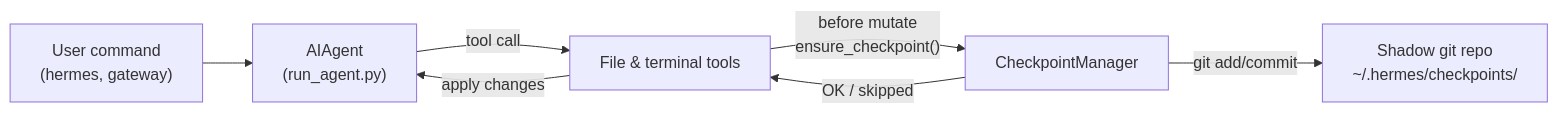
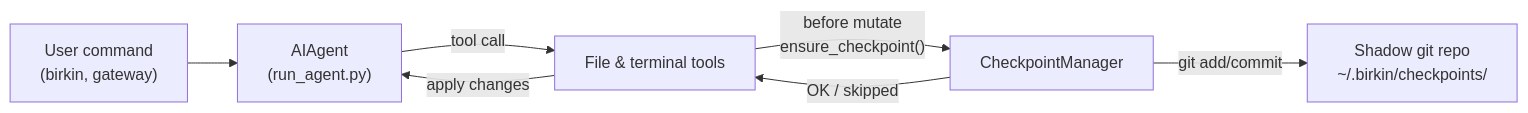
One commit to ashmoonori-afk/birkin changed the diagram in website/docs/user-guide/checkpoints-and-rollback.md. Above: the diagram before and after it, drawn with Mermaid. The commit also changed other lines of this file and 1131 other files, not shown here.

First line of the commit message:
refactor: complete Hermes → Birkin rebrand across entire codebase

````diff
--- a/website/docs/user-guide/checkpoints-and-rollback.md
+++ b/website/docs/user-guide/checkpoints-and-rollback.md
@@ -43,15 +43,15 @@
 ```mermaid
 flowchart LR
-  user["User command\n(hermes, gateway)"]
+  user["User command\n(birkin, gateway)"]
   agent["AIAgent\n(run_agent.py)"]
   tools["File & terminal tools"]
   cpMgr["CheckpointManager"]
-  shadowRepo["Shadow git repo\n~/.hermes/checkpoints/<hash>"]
+  shadowRepo["Shadow git repo\n~/.birkin/checkpoints/<hash>"]
 
   user --> agent
   agent -->|"tool call"| tools
   tools -->|"before mutate\nensure_checkpoint()"| cpMgr
   cpMgr -->|"git add/commit"| shadowRepo
   cpMgr -->|"OK / skipped"| tools
   tools -->|"apply changes"| agent
 ```
````
